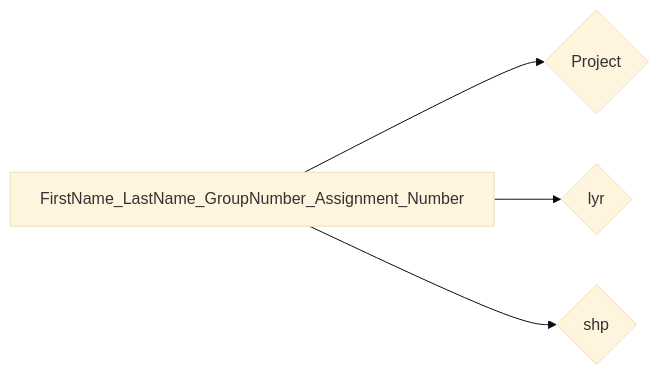
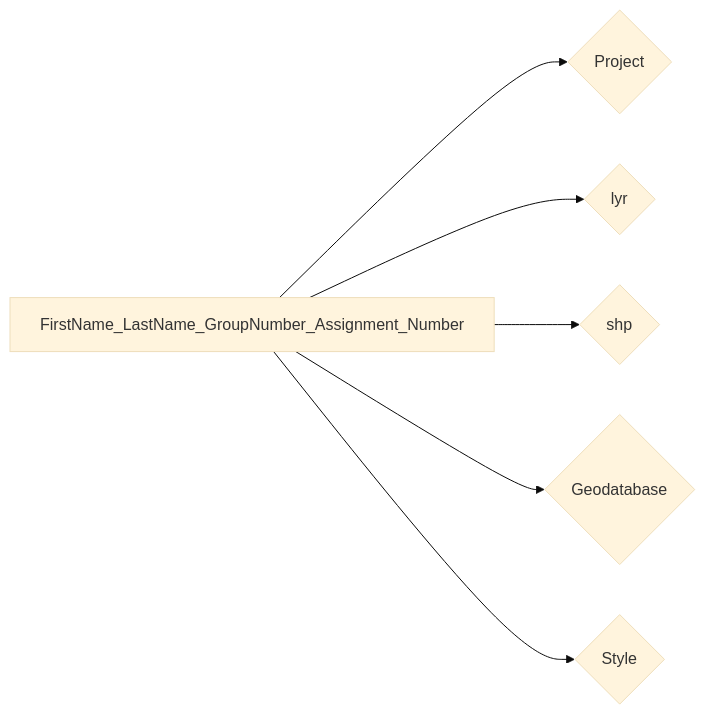
The diagram in docs/ICS_GIS/Lab/Geodatabase.md (ezdanapak/GTU-GIS), drawn with Mermaid (base theme) before and after one commit. The commit also changed other lines of this file and 1 other file, not shown here.

````diff
--- a/docs/ICS_GIS/Lab/Geodatabase.md
+++ b/docs/ICS_GIS/Lab/Geodatabase.md
@@ -60,6 +59,8 @@
 ``` mermaid
 graph LR
   A[FirstName_LastName_GroupNumber_Assignment_Number] --> B{Project};
   A[FirstName_LastName_GroupNumber_Assignment_Number] --> C{lyr};
   A[FirstName_LastName_GroupNumber_Assignment_Number] --> D{shp};
+  A[FirstName_LastName_GroupNumber_Assignment_Number] --> E{Geodatabase};
+  A[FirstName_LastName_GroupNumber_Assignment_Number] --> F{Style};
 ```
````
